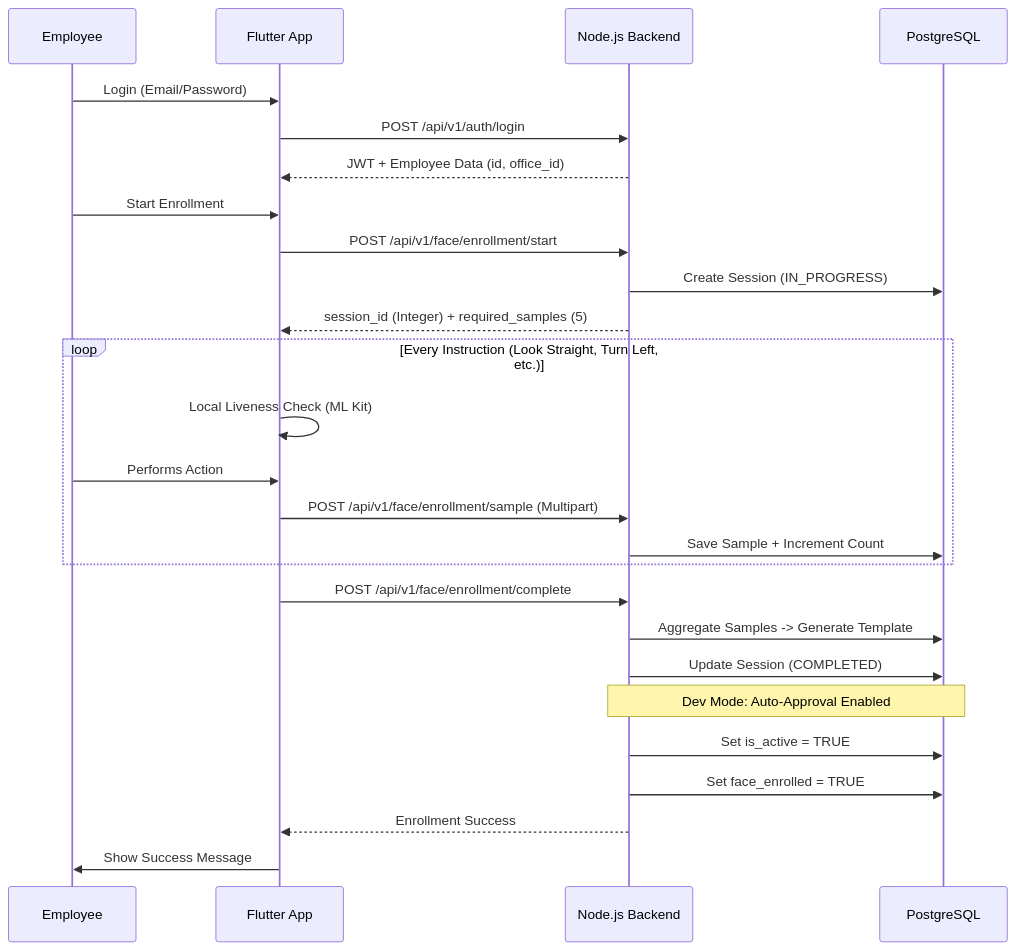
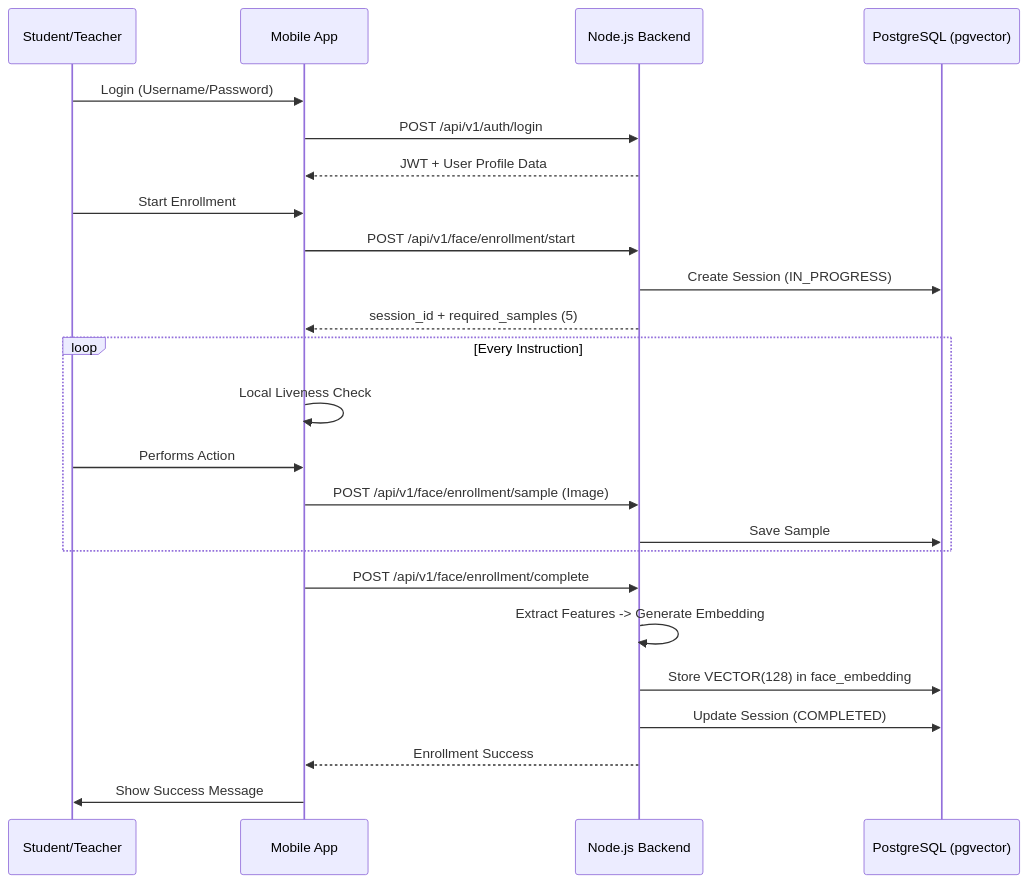
The first of 2 diagrams in WORKFLOW.md (Santa8232/face_attendance_backend), drawn with Mermaid before and after one commit. The commit also changed other lines of this file and 57 other files, not shown here.

````diff
--- a/WORKFLOW.md
+++ b/WORKFLOW.md
@@ -8,34 +8,31 @@
 ```mermaid
 sequenceDiagram
-    participant U as Employee
-    participant APP as Flutter App
+    participant U as Student/Teacher
+    participant APP as Mobile App
     participant API as Node.js Backend
-    participant DB as PostgreSQL
+    participant DB as PostgreSQL (pgvector)
 
-    U->>APP: Login (Email/Password)
+    U->>APP: Login (Username/Password)
     APP->>API: POST /api/v1/auth/login
-    API-->>APP: JWT + Employee Data (id, office_id)
+    API-->>APP: JWT + User Profile Data
     
     U->>APP: Start Enrollment
     APP->>API: POST /api/v1/face/enrollment/start
     API->>DB: Create Session (IN_PROGRESS)
-    API-->>APP: session_id (Integer) + required_samples (5)
+    API-->>APP: session_id + required_samples (5)
 
-    loop Every Instruction (Look Straight, Turn Left, etc.)
-        APP->>APP: Local Liveness Check (ML Kit)
+    loop Every Instruction
+        APP->>APP: Local Liveness Check
         U->>APP: Performs Action
-        APP->>API: POST /api/v1/face/enrollment/sample (Multipart)
-        API->>DB: Save Sample + Increment Count
+        APP->>API: POST /api/v1/face/enrollment/sample (Image)
+        API->>DB: Save Sample
     end
 
     APP->>API: POST /api/v1/face/enrollment/complete
-    API->>DB: Aggregate Samples -> Generate Template
+    API->>API: Extract Features -> Generate Embedding
+    API->>DB: Store VECTOR(128) in face_embedding
     API->>DB: Update Session (COMPLETED)
-    
-    Note over API,DB: Dev Mode: Auto-Approval Enabled
-    API->>DB: Set is_active = TRUE
-    API->>DB: Set face_enrolled = TRUE
     
     API-->>APP: Enrollment Success
     APP->>U: Show Success Message
 ```
````
